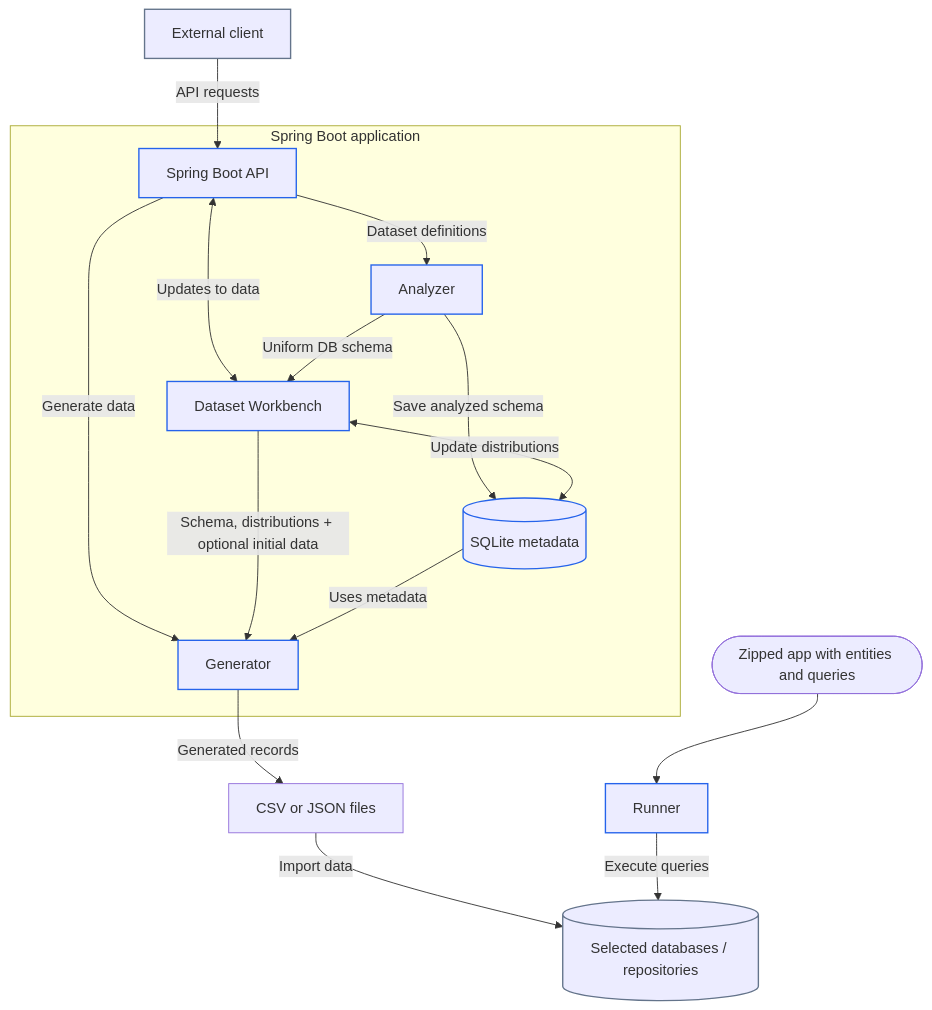
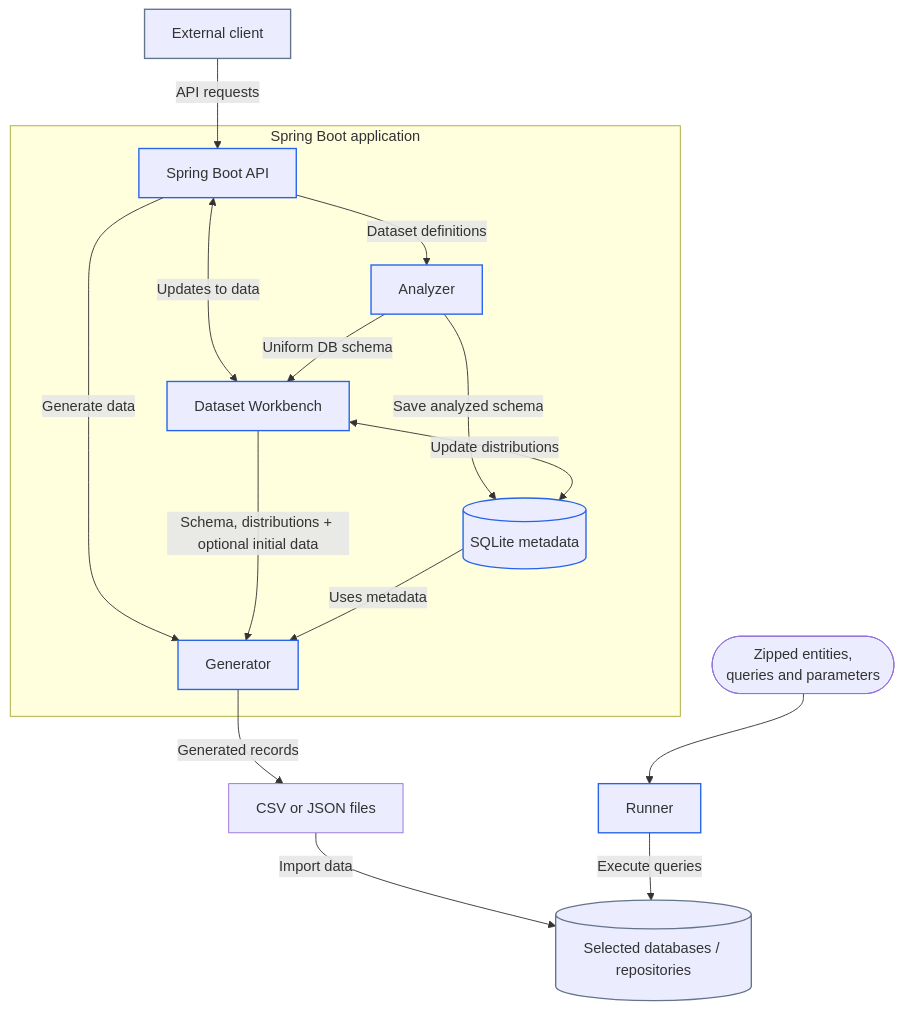
One commit to SimekJan/oxm-benchmark changed the diagram in docs/ARCHITECTURE.md. Above: the diagram before and after it, drawn with Mermaid. The commit also changed 2 other files, not shown here.

Commit message:
Update docs to match newly updated architecture

````diff
--- a/docs/ARCHITECTURE.md
+++ b/docs/ARCHITECTURE.md
@@ -10,41 +10,41 @@
 ```mermaid
 
 flowchart TD
     subgraph SPRING_BOOT_APP["Spring Boot application"]
         API[Spring Boot API]
         Analyzer[Analyzer]
         DatasetWorkbench[Dataset Workbench]
         Generator[Generator]
         Metadata[(SQLite metadata)]
     end
 
-    RunInputs([Zipped app with entities and queries])
+    RunInputs([Zipped entities,</br>queries and parameters])
     Runner[Runner]
     RunInputs --> Runner
 
     Client[External client] -->|API requests| API
     
     API -->|Dataset definitions| Analyzer
     API <-->|Updates to data| DatasetWorkbench
     API -->|Generate data| Generator
     
     Analyzer -->|Uniform DB schema| DatasetWorkbench
     Analyzer -->|Save analyzed schema| Metadata
     
     DatasetWorkbench -->|Schema, distributions + optional initial data| Generator
     DatasetWorkbench <-->|Update distributions| Metadata
     
     Generator -->|Generated records| DataFiles[CSV or JSON files]
     Databases[(Selected databases / repositories)]
     DataFiles -->|Import data| Databases
     Metadata -->|Uses metadata| Generator
     Runner -->|Execute queries| Databases
 
     Metadata ~~~ Databases
     Metadata ~~~ DataFiles
     
     classDef external stroke: #64748B, stroke-width: 1.5px
     classDef mainApp stroke: #2563EB, stroke-width: 1.5px
     class Client,Databases external
     class API,Analyzer,Generator,Runner,Metadata,DatasetWorkbench mainApp
 ```
````
